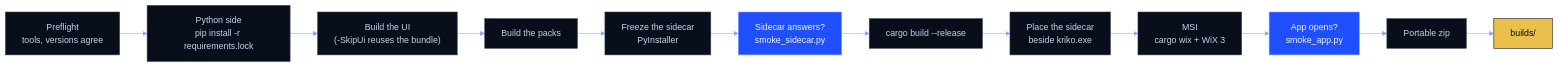
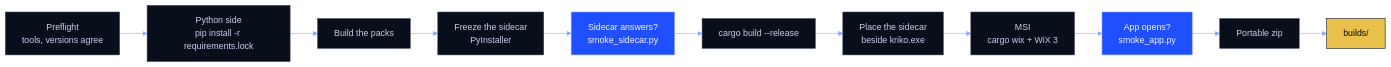
The third of 3 diagrams in kriko-gpui/README.md (Berbadov/kriko), drawn with Mermaid before and after one commit. The commit also changed 359 other files, not shown here.

````diff
--- a/kriko-gpui/README.md
+++ b/kriko-gpui/README.md
@@ -178,19 +178,18 @@
 ```mermaid
 %%{init: {"theme":"base","themeVariables":{"fontFamily":"ui-monospace, SFMono-Regular, Consolas, monospace","primaryColor":"#090E1B","primaryTextColor":"#F2F5FF","primaryBorderColor":"#1F4FFF","lineColor":"#86A3FF","secondaryColor":"#1739C2","tertiaryColor":"#080B16","noteBkgColor":"#BFE4FF","noteTextColor":"#05070F","actorBkg":"#090E1B","actorTextColor":"#F2F5FF","actorBorder":"#1F4FFF","signalColor":"#86A3FF","signalTextColor":"#86A3FF"}}}%%
 flowchart LR
     A["Preflight<br/>tools, versions agree"]:::plain --> B["Python side<br/>pip install -r requirements.lock"]:::plain
-    B --> C["Build the UI<br/>(-SkipUi reuses the bundle)"]:::plain
-    C --> D["Build the packs"]:::plain
-    D --> E["Freeze the sidecar<br/>PyInstaller"]:::plain
-    E --> F["Sidecar answers?<br/>smoke_sidecar.py"]:::brand
-    F --> G["cargo build --release"]:::plain
-    G --> H["Place the sidecar<br/>beside kriko.exe"]:::plain
-    H --> I["MSI<br/>cargo wix + WiX 3"]:::plain
-    I --> J["App opens?<br/>smoke_app.py"]:::brand
-    J --> K["Portable zip"]:::plain
-    K --> L["builds/"]:::mark
+    B --> C["Build the packs"]:::plain
+    C --> D["Freeze the sidecar<br/>PyInstaller"]:::plain
+    D --> E["Sidecar answers?<br/>smoke_sidecar.py"]:::brand
+    E --> F["cargo build --release"]:::plain
+    F --> G["Place the sidecar<br/>beside kriko.exe"]:::plain
+    G --> H["MSI<br/>cargo wix + WiX 3"]:::plain
+    H --> I["App opens?<br/>smoke_app.py"]:::brand
+    I --> J["Portable zip"]:::plain
+    J --> K["builds/"]:::mark
 
     classDef brand  fill:#1F4FFF,stroke:#86A3FF,color:#F2F5FF
     classDef plain  fill:#090E1B,stroke:#3A4156,color:#C9D1EA
     classDef mark   fill:#E8C04B,stroke:#05070F,color:#05070F
 ```
````
